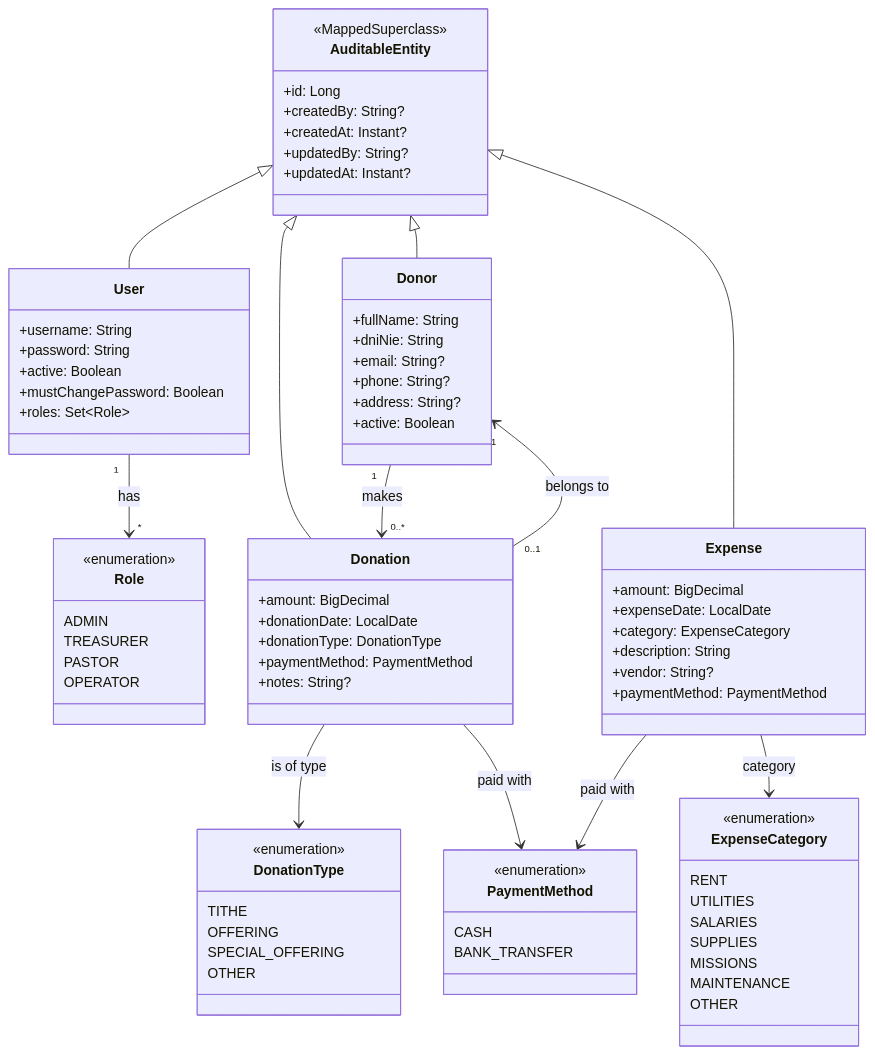
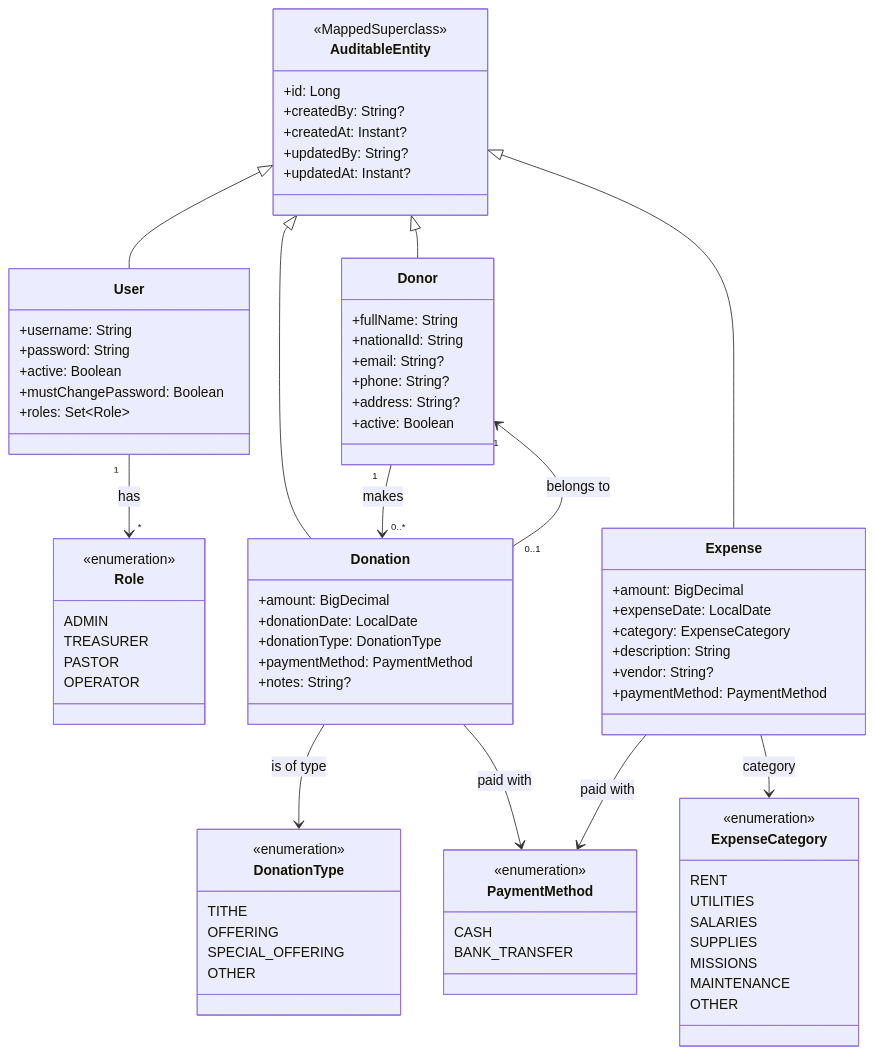
The third of 12 diagrams in docs/architecture.md (jorgetroya80/donations-api), drawn with Mermaid before and after one commit. The commit also changed other lines of this file and 52 other files, not shown here.

```diff
--- a/docs/architecture.md
+++ b/docs/architecture.md
@@ -229,7 +229,7 @@
 
     class Donor {
         +fullName: String
-        +dniNie: String
+        +nationalId: String
         +email: String?
         +phone: String?
         +address: String?
```
